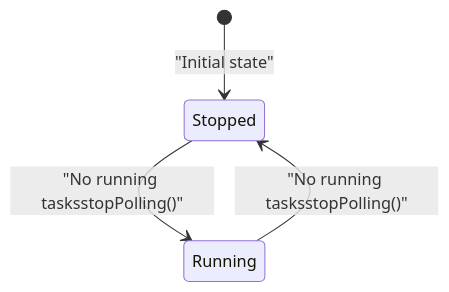
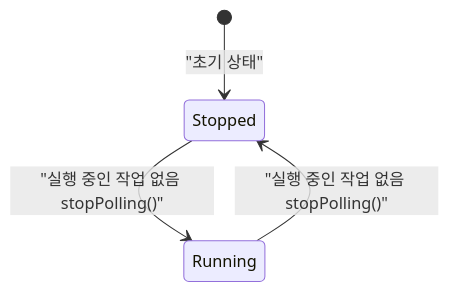
One commit to felipetruman/oh-my-opencode-docs changed diagram 12 of 14 in docs/background-execution/task-execution-and-polling.md. Above: the diagram before and after it, drawn with Mermaid. The commit also changed other lines of this file and 76 other files, not shown here.

````diff
--- a/docs/background-execution/task-execution-and-polling.md
+++ b/docs/background-execution/task-execution-and-polling.md
@@ -478,6 +478,6 @@
 ```mermaid
 stateDiagram-v2
-    [*] --> Stopped : "Initial state"
-    Stopped --> Running : "No running tasksstopPolling()"
-    Running --> Stopped : "No running tasksstopPolling()"
+    [*] --> Stopped : "초기 상태"
+    Stopped --> Running : "실행 중인 작업 없음 stopPolling()"
+    Running --> Stopped : "실행 중인 작업 없음 stopPolling()"
 ```
````
